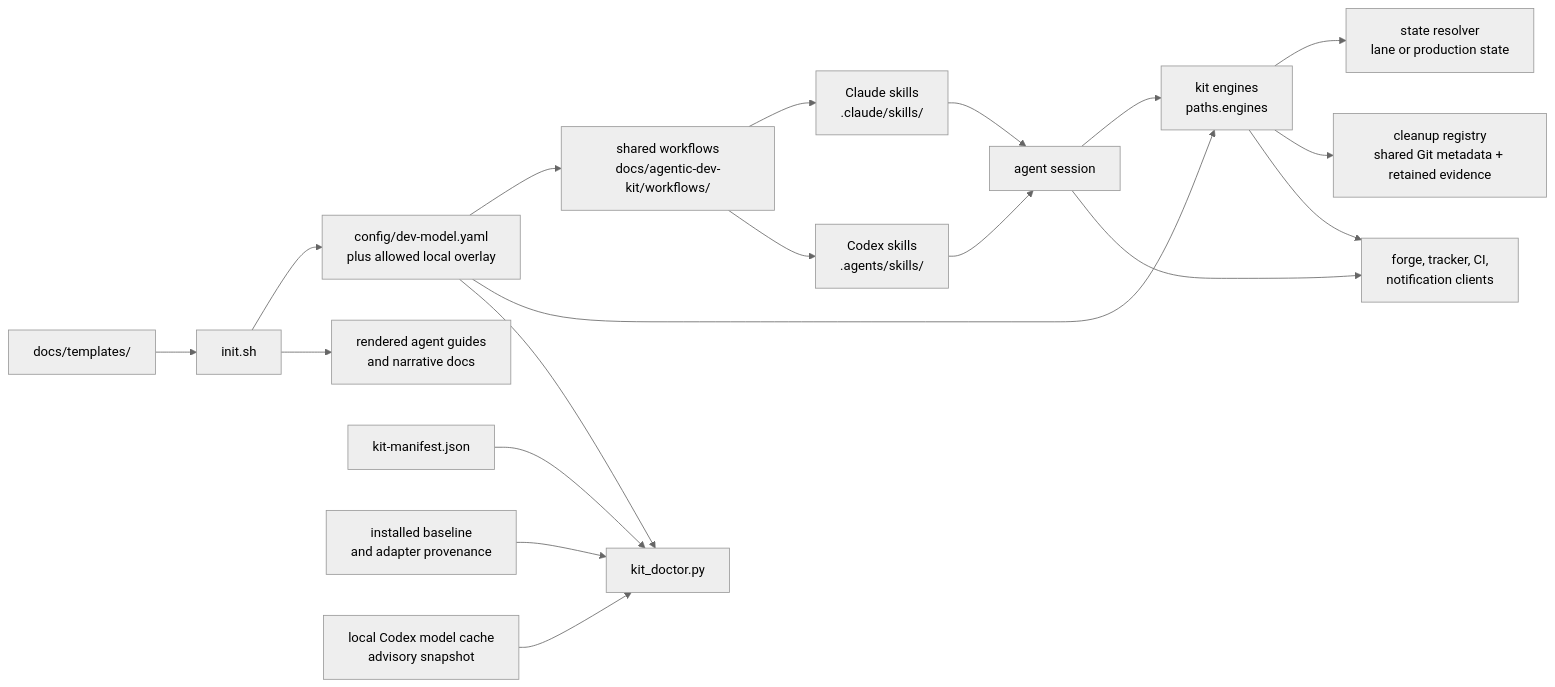
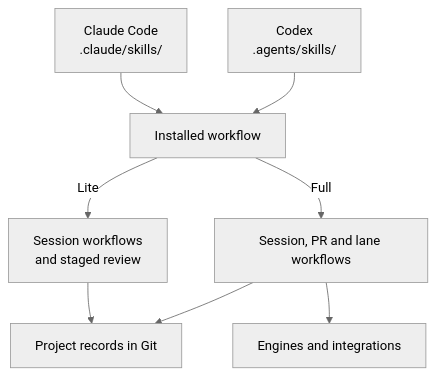
The first of 6 diagrams in docs/architecture.md (topij/agentic-dev-kit), drawn with Mermaid (neutral theme) before and after one commit. The commit also changed other lines of this file and 12 other files, not shown here.

Commit message:
docs: refresh the devkit guides and workflow illustrations (#1439)

````diff
--- a/docs/architecture.md
+++ b/docs/architecture.md
@@ -11,21 +9,12 @@
 ```mermaid
-flowchart LR
-    Config["config/dev-model.yaml<br/>plus allowed local overlay"] --> Workflows["shared workflows<br/>docs/agentic-dev-kit/workflows/"]
-    Config --> Engines["kit engines<br/>paths.engines"]
-    Workflows --> Claude["Claude skills<br/>.claude/skills/"]
-    Workflows --> Codex["Codex skills<br/>.agents/skills/"]
-    Claude --> Agent["agent session"]
-    Codex --> Agent
-    Agent --> Engines
-    Engines --> State["state resolver<br/>lane or production state"]
-    Engines --> Registry["cleanup registry<br/>shared Git metadata + retained evidence"]
-    Agent --> Forge["forge, tracker, CI,<br/>notification clients"]
-    Engines --> Forge
-    Templates["docs/templates/"] --> Init["init.sh"]
-    Init --> Config
-    Init --> Rendered["rendered agent guides<br/>and narrative docs"]
-    Manifest["kit-manifest.json"] --> Doctor["kit_doctor.py"]
-    Config --> Doctor
-    Baseline["installed baseline<br/>and adapter provenance"] --> Doctor
-    Cache["local Codex model cache<br/>advisory snapshot"] --> Doctor
+flowchart TD
+    accTitle: From a runtime skill to the installed workflow
+    accDescr: Claude Code and Codex use their own skill bindings. Lite workflows read repository files directly. Full workflows also use configured engines and integrations.
+    Claude["Claude Code<br/>.claude/skills/"] --> Workflow["Installed workflow"]
+    Codex["Codex<br/>.agents/skills/"] --> Workflow
+    Workflow -->|Lite| Lite["Session workflows<br/>and staged review"]
+    Workflow -->|Full| Full["Session, PR and lane workflows"]
+    Lite --> Records["Project records in Git"]
+    Full --> Records
+    Full --> Engines["Engines and integrations"]
 ```
````
